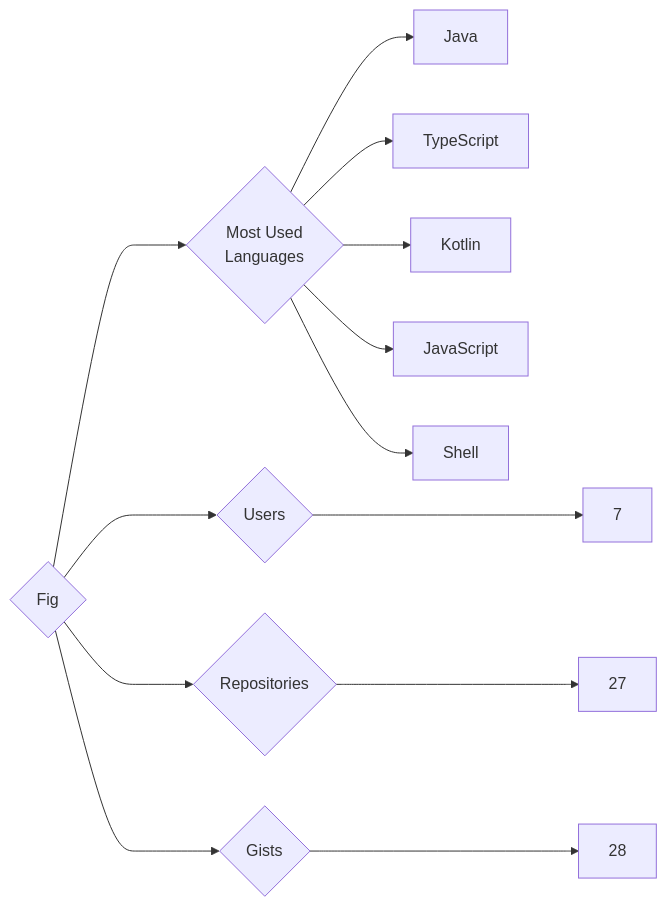
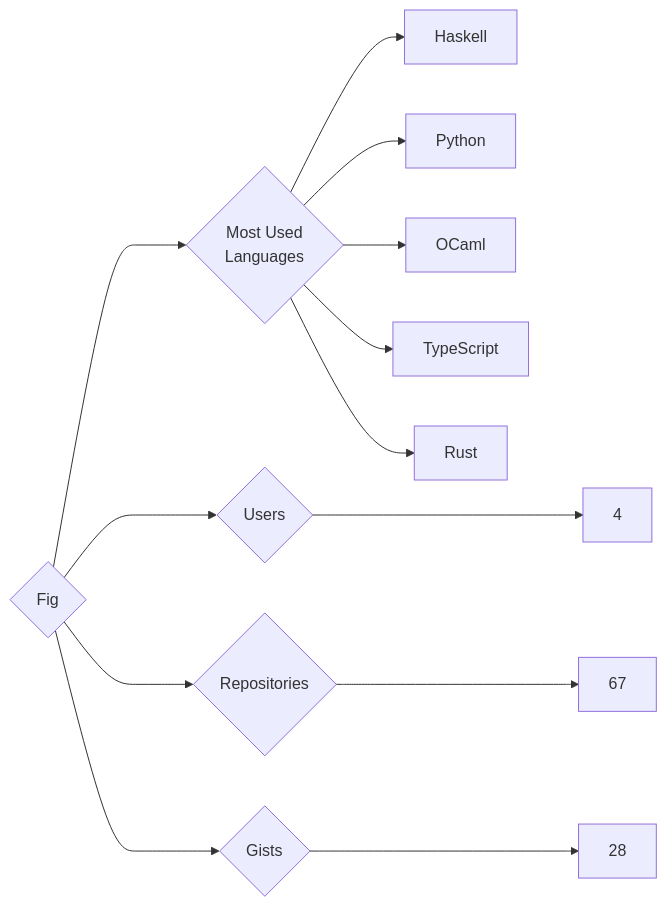
The diagram in targets/Fig/README.md (trickest/insiders), drawn with Mermaid before and after one commit. The commit also changed 925 other files, not shown here.

````diff
--- a/targets/Fig/README.md
+++ b/targets/Fig/README.md
@@ -3,13 +3,13 @@
 ```mermaid
 graph LR
 COMPANY_NAME{Fig}
-COMPANY_NAME ---> U{Users} ---> UN[7]
-COMPANY_NAME ---> R{Repositories} ---> RN[27]
+COMPANY_NAME ---> U{Users} ---> UN[4]
+COMPANY_NAME ---> R{Repositories} ---> RN[67]
 COMPANY_NAME ---> G{Gists} ---> GN[28]
 COMPANY_NAME ---> ML{Most Used<br>Languages}
-ML --> Java[Java]
+ML --> Haskell[Haskell]
+ML --> Python[Python]
+ML --> OCaml[OCaml]
 ML --> TypeScript[TypeScript]
-ML --> Kotlin[Kotlin]
-ML --> JavaScript[JavaScript]
-ML --> Shell[Shell]
+ML --> Rust[Rust]
 ```
````
